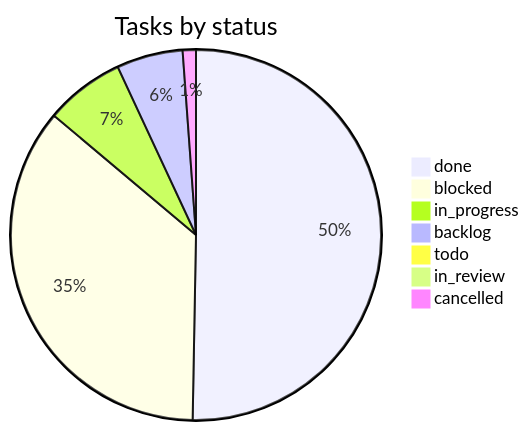
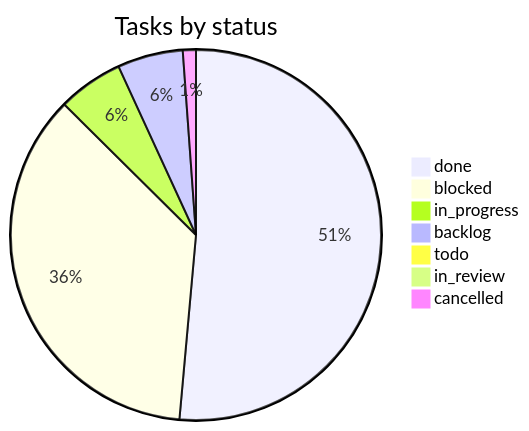
The second of 2 diagrams in PROGRESS.md (vulcanflow/docs), drawn with Mermaid before and after one commit. The commit also changed other lines of this file and 1 other file, not shown here.

Commit message:
progress: 3 deliveries (VFL-203, VFL-204, VFL-209), 1 status change, 2 new tasks (VFL-208, VFL-209) (#84)

````diff
--- a/PROGRESS.md
+++ b/PROGRESS.md
@@ -58,10 +58,10 @@
 ```mermaid
 pie title Tasks by status
-  "done" : 87
-  "blocked" : 62
-  "in_progress" : 12
+  "done" : 90
+  "blocked" : 63
+  "in_progress" : 10
   "backlog" : 10
   "todo" : 1
   "in_review" : 1
   "cancelled" : 2
 ```
````
